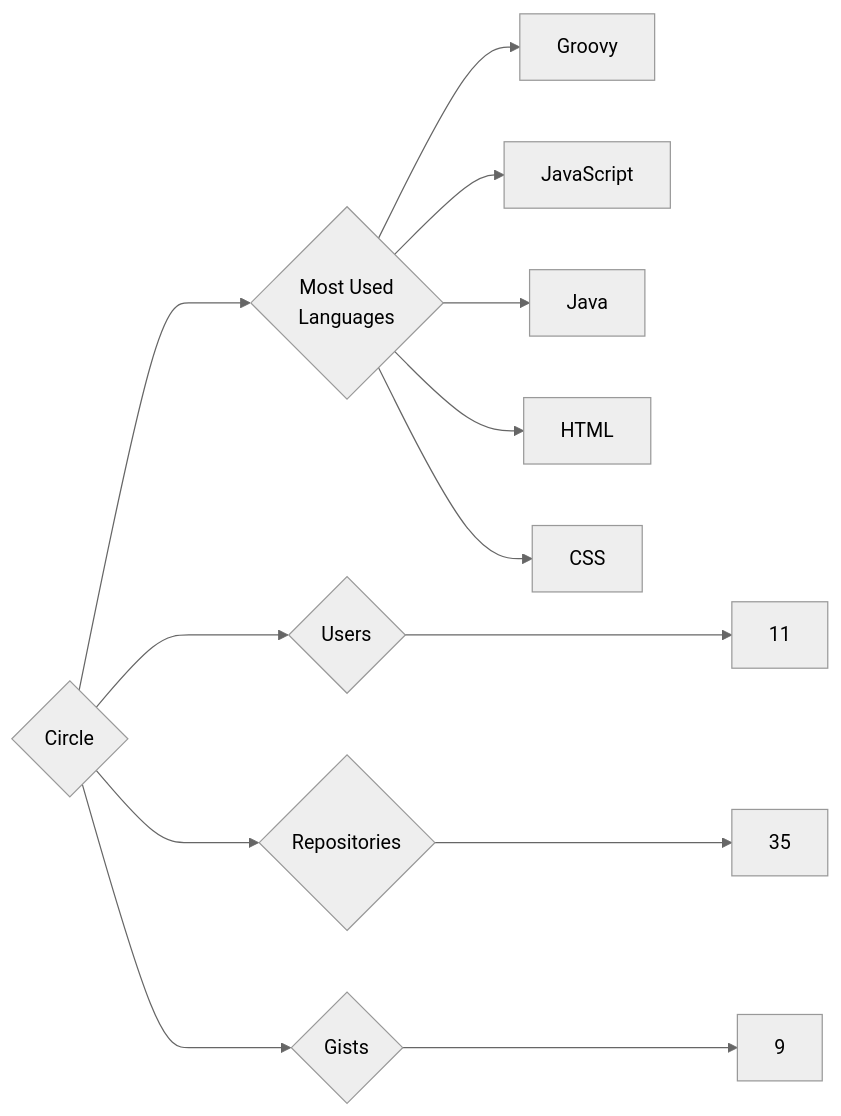
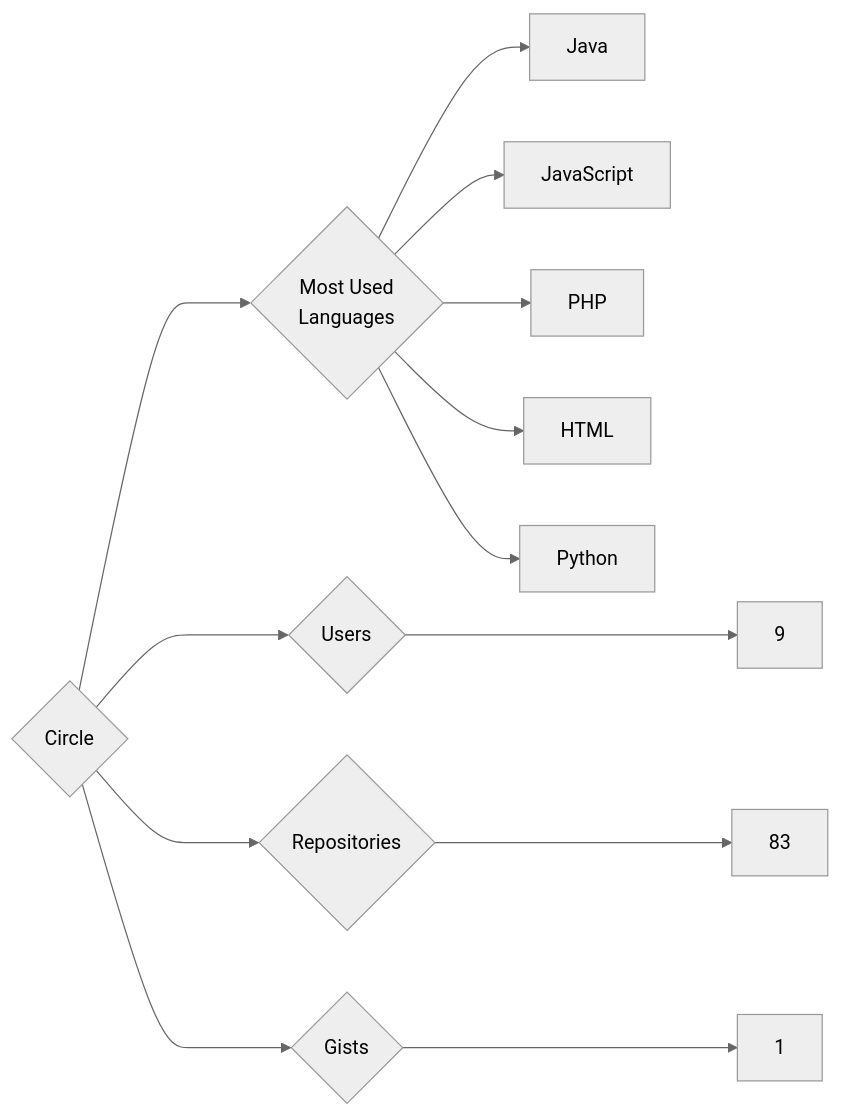
Before and after one commit to trickest/insiders: the diagram in targets/Circle/README.md, drawn with Mermaid (neutral theme). The commit also changed 757 other files, not shown here.

````diff
--- a/targets/Circle/README.md
+++ b/targets/Circle/README.md
@@ -3,13 +3,13 @@
 ```mermaid
 graph LR
 COMPANY_NAME{Circle}
-COMPANY_NAME ---> U{Users} ---> UN[11]
-COMPANY_NAME ---> R{Repositories} ---> RN[35]
-COMPANY_NAME ---> G{Gists} ---> GN[9]
+COMPANY_NAME ---> U{Users} ---> UN[9]
+COMPANY_NAME ---> R{Repositories} ---> RN[83]
+COMPANY_NAME ---> G{Gists} ---> GN[1]
 COMPANY_NAME ---> ML{Most Used<br>Languages}
-ML --> Groovy[Groovy]
+ML --> Java[Java]
 ML --> JavaScript[JavaScript]
-ML --> Java[Java]
+ML --> PHP[PHP]
 ML --> HTML[HTML]
-ML --> CSS[CSS]
+ML --> Python[Python]
 ```
````
